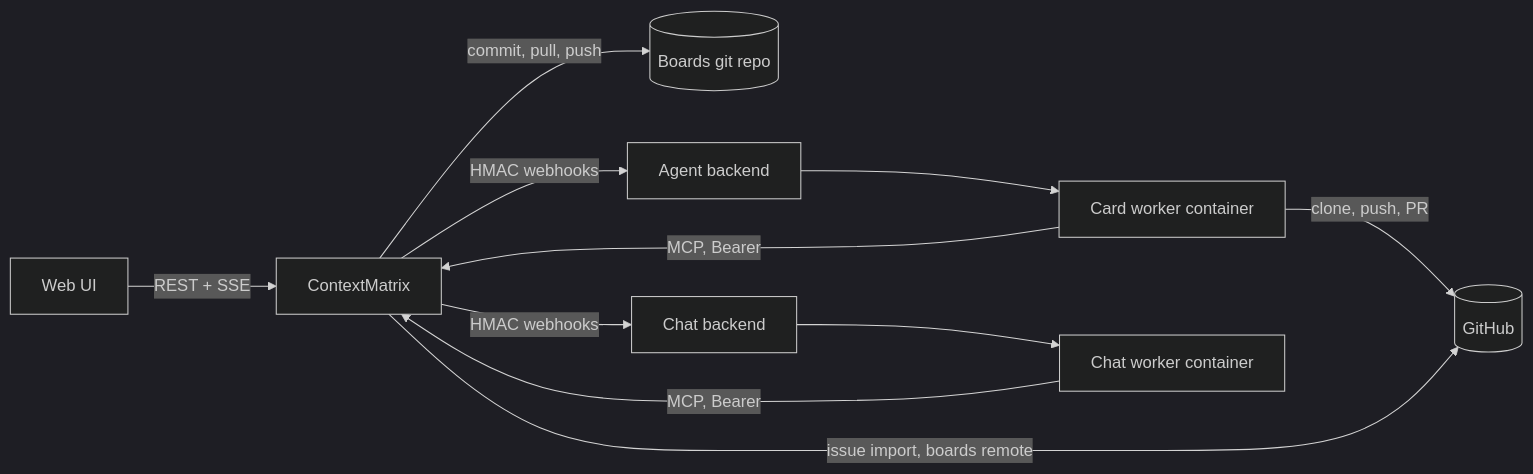
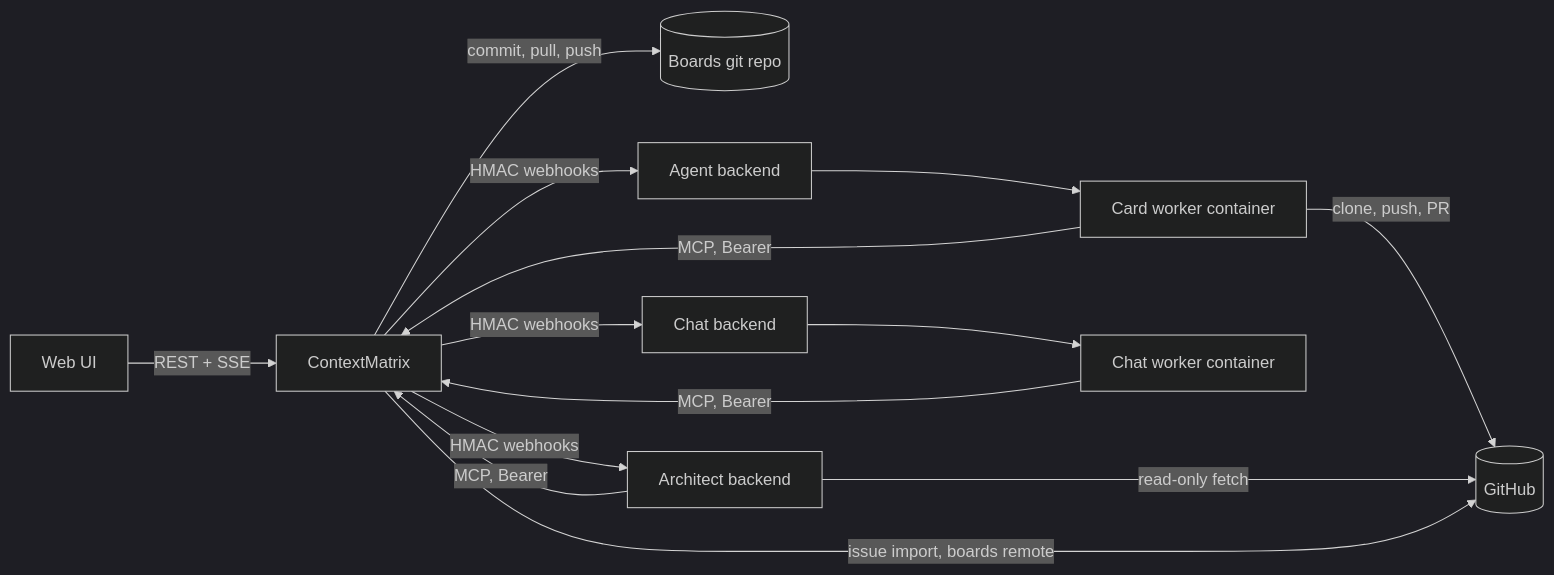
The diagram in README.md (mhersson/contextmatrix), drawn with Mermaid (dark theme) before and after one commit. The commit also changed other lines of this file, not shown here.

First line of the commit message:
docs(readme): list the architect backend in the ecosystem

````diff
--- a/README.md
+++ b/README.md
@@ -21,13 +21,16 @@
 ```mermaid
 flowchart LR
   UI[Web UI] -->|REST + SSE| CM[ContextMatrix]
   CM -->|commit, pull, push| Boards[(Boards git repo)]
   CM -->|HMAC webhooks| Agent[Agent backend]
   CM -->|HMAC webhooks| Chat[Chat backend]
+  CM -->|HMAC webhooks| Architect[Architect backend]
   Agent --> Worker[Card worker container]
   Chat --> ChatWorker[Chat worker container]
   Worker -->|MCP, Bearer| CM
   ChatWorker -->|MCP, Bearer| CM
+  Architect -->|MCP, Bearer| CM
   Worker -->|clone, push, PR| GitHub[(GitHub)]
+  Architect -->|read-only fetch| GitHub
   CM -->|issue import, boards remote| GitHub
 ```
````
